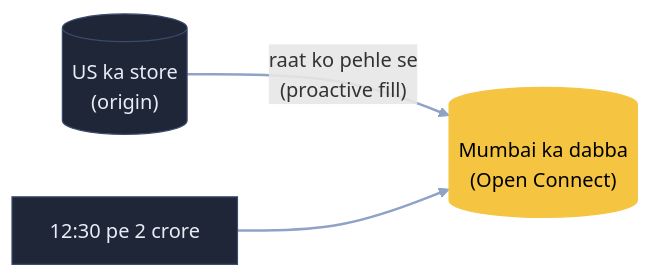
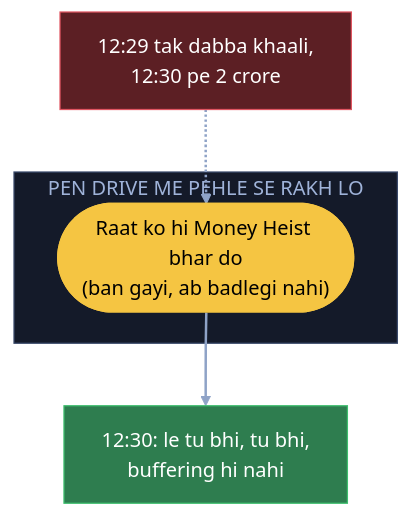
The second of 7 diagrams in 04_HLD/SYSTEM_DESIGNS/18_netflix/18_netflix.md (ArpanMaheshwari144/Prep), drawn with Mermaid before and after one commit. The commit also changed other lines of this file, not shown here.

Commit message:
Netflix: 7 diagram hand notes ke shabdon se (apne shehar me file, pen drive, guard, parchi, game parlour)

````diff
--- a/04_HLD/SYSTEM_DESIGNS/18_netflix/18_netflix.md
+++ b/04_HLD/SYSTEM_DESIGNS/18_netflix/18_netflix.md
@@ -61,9 +70,16 @@
 ```mermaid
-flowchart LR
-    S[("US ka store<br/>(origin)")] -- "raat ko pehle se<br/>(proactive fill)" --> B[("Mumbai ka dabba<br/>(Open Connect)")]
-    U["12:30 pe 2 crore"] --> B
-    class B hl
-    classDef default fill:#1e2638,stroke:#3a4a6b,color:#e8ecf5
-    classDef hl fill:#f5c542,stroke:#f5c542,color:#000
+flowchart TB
+    X["12:29 tak dabba khaali,<br/>12:30 pe 2 crore"]:::bad
+    subgraph PD["PEN DRIVE ME PEHLE SE RAKH LO"]
+        B(["Raat ko hi Money Heist bhar do<br/>(ban gayi, ab badlegi nahi)"]):::pill
+    end
+    R["12:30: le tu bhi, tu bhi,<br/>buffering hi nahi"]:::good
+    X -.-> B
+    B --> R
     linkStyle default stroke:#8fa3c7,stroke-width:2px
+    classDef card fill:#1e2638,stroke:#3a4a6b,color:#e8ecf5
+    classDef pill fill:#f5c542,stroke:#f5c542,color:#000
+    classDef good fill:#2e7d4f,stroke:#3fbf6f,color:#fff
+    classDef bad fill:#5c1f24,stroke:#e05561,color:#fff
+    style PD fill:#141a29,stroke:#3a4a6b,color:#9fb3d9
 ```
````
